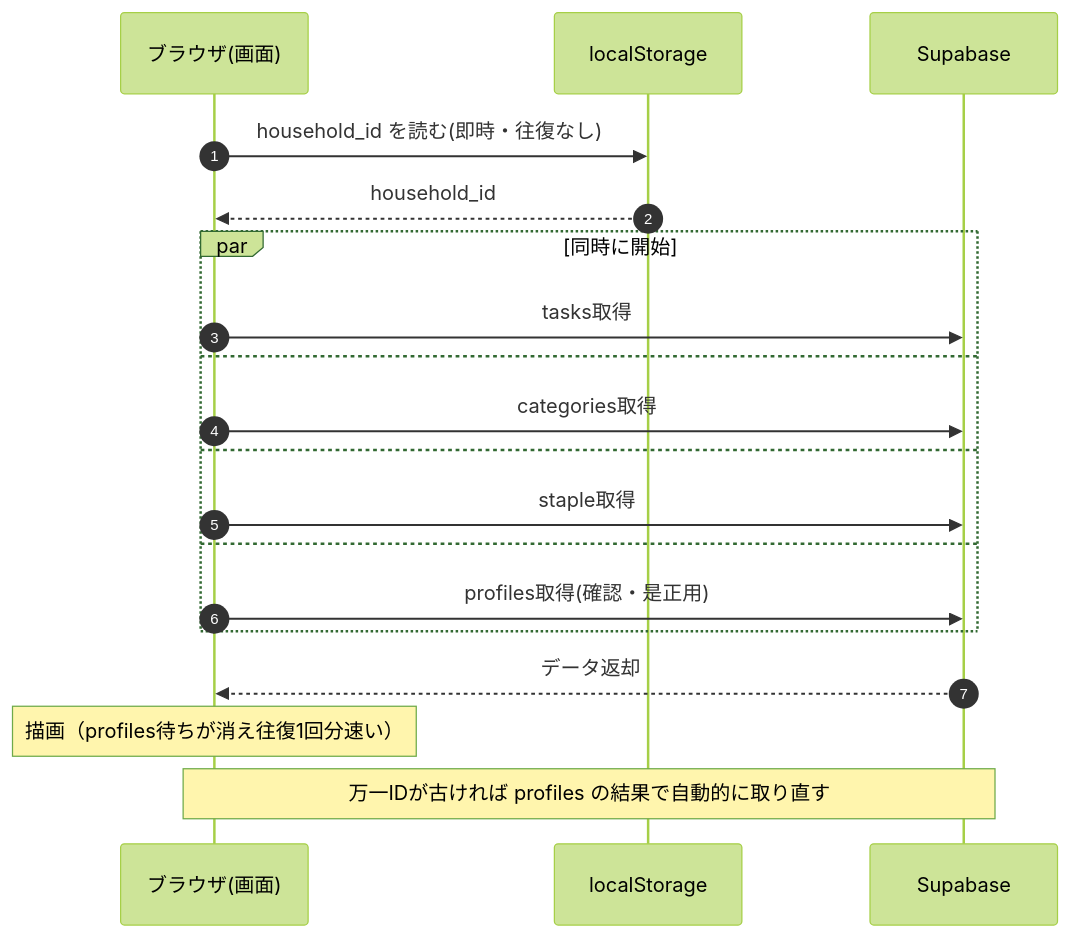
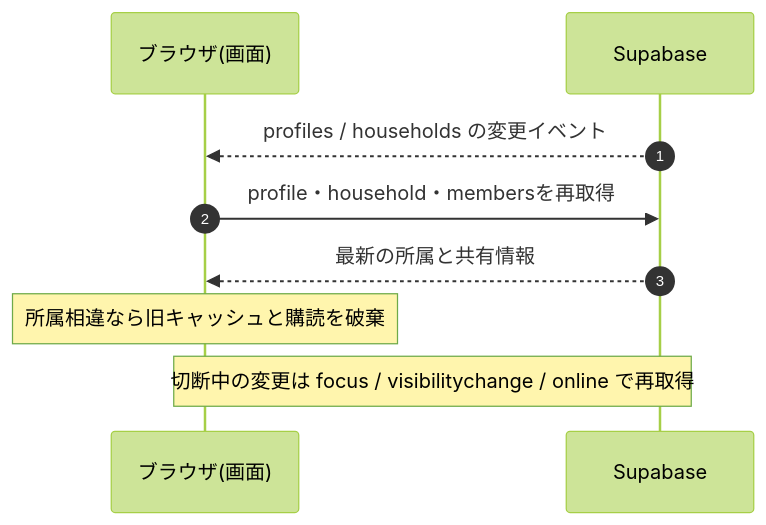
One commit to nnnoilpuma12/family-task-app changed the second of 2 diagrams in docs/startup-flow.md. Above: the diagram before and after it, drawn with Mermaid (forest theme). The commit also changed other lines of this file and 14 other files, not shown here.

````diff
--- a/docs/startup-flow.md
+++ b/docs/startup-flow.md
@@ -35,24 +36,13 @@
 ```mermaid
 sequenceDiagram
     autonumber
     participant U as ブラウザ(画面)
-    participant LS as localStorage
     participant SB as Supabase
 
-    U->>LS: household_id を読む(即時・往復なし)
-    LS-->>U: household_id
+    SB-->>U: profiles / households の変更イベント
+    U->>SB: profile・household・membersを再取得
+    SB-->>U: 最新の所属と共有情報
+    Note over U: 所属相違なら旧キャッシュと購読を破棄
 
-    par 同時に開始
-        U->>SB: tasks取得
-    and
-        U->>SB: categories取得
-    and
-        U->>SB: staple取得
-    and
-        U->>SB: profiles取得(確認・是正用)
-    end
-    SB-->>U: データ返却
-    Note over U: 描画（profiles待ちが消え往復1回分速い）
-
-    Note over U,SB: 万一IDが古ければ profiles の結果で自動的に取り直す
+    Note over U,SB: 切断中の変更は focus / visibilitychange / online で再取得
 ```
````
